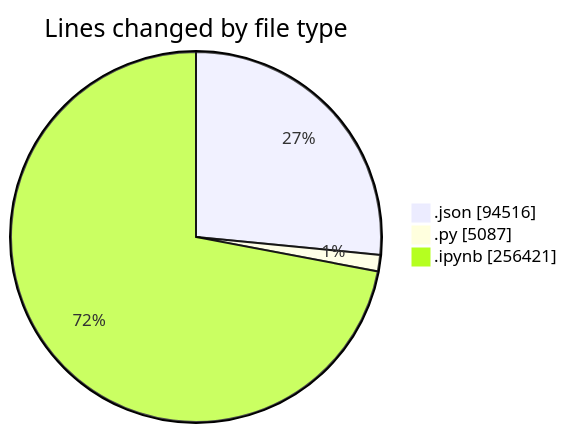
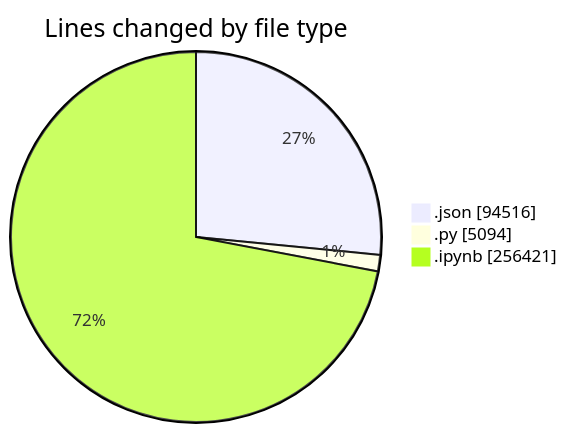
Before and after one commit to MatusMokan/code-tracking: the first of 2 diagrams in 2025-10-04/untitled__workspace_/README.md, drawn with Mermaid. The commit also changed other lines of this file and 1 other file, not shown here.

````diff
--- a/2025-10-04/untitled__workspace_/README.md
+++ b/2025-10-04/untitled__workspace_/README.md
@@ -38,7 +38,7 @@
 ```mermaid
 pie showData
 title Lines changed by file type
 ".json" : 94516
-".py" : 5087
+".py" : 5094
 ".ipynb" : 256421
 ```
````
